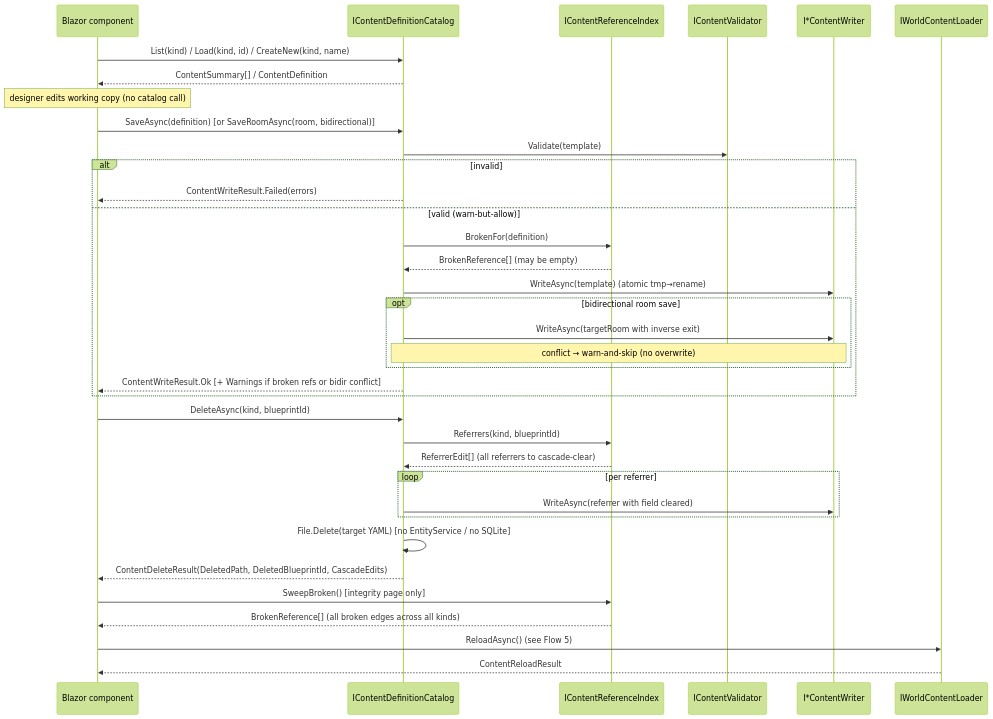
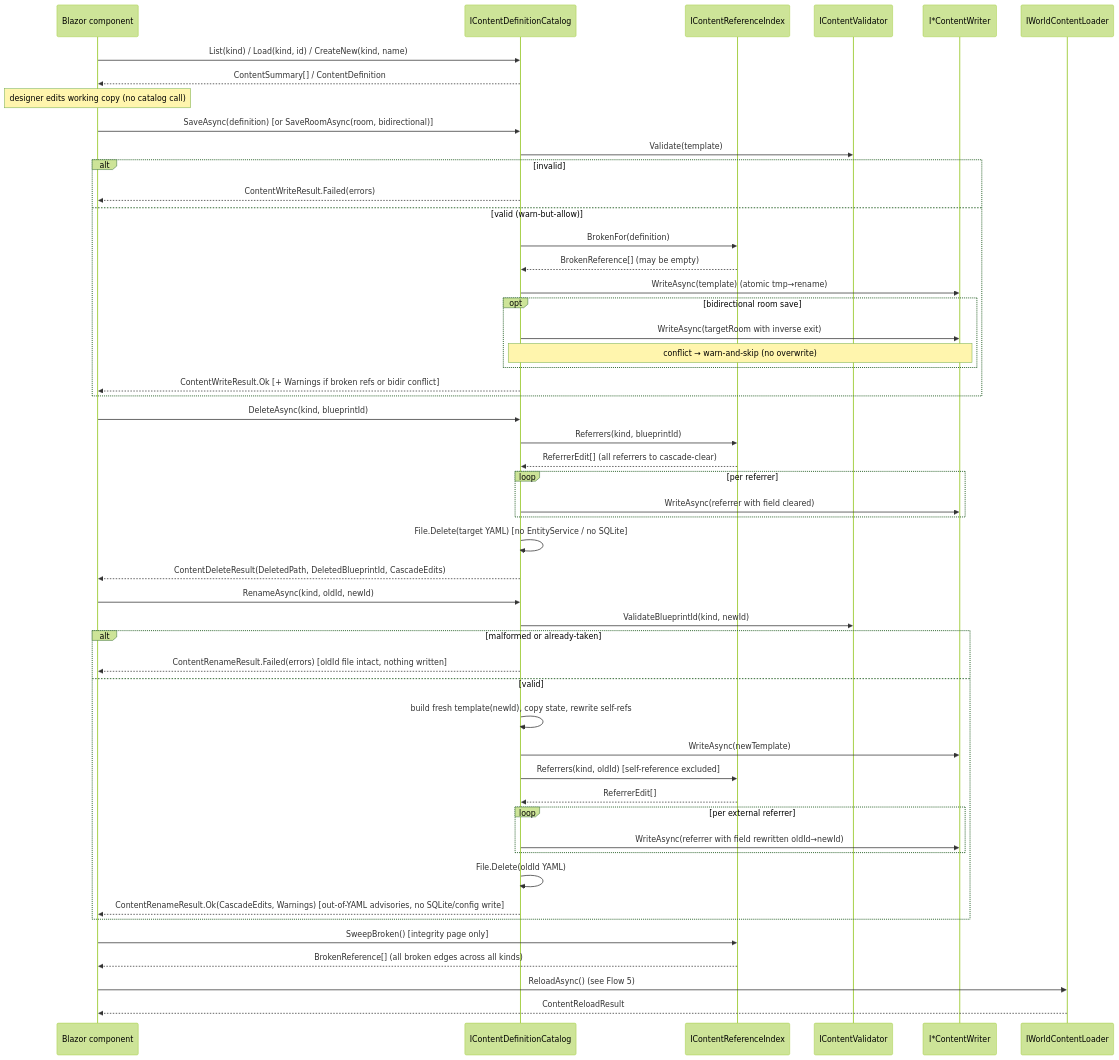
The second of 5 diagrams in docs/architecture/flows/flow-29-bulk-content-generation.md (dmbyer/Hedron), drawn with Mermaid (forest theme) before and after one commit. The commit also changed other lines of this file and 29 other files, not shown here.

First line of the commit message:
Blueprint id rename + choose-at-creation (Core + Blazor editor) (#152)

````diff
--- a/docs/architecture/flows/flow-29-bulk-content-generation.md
+++ b/docs/architecture/flows/flow-29-bulk-content-generation.md
@@ -49,39 +49,54 @@
 ```mermaid
 sequenceDiagram
     participant UI as Blazor component
     participant Cat as IContentDefinitionCatalog
     participant Idx as IContentReferenceIndex
     participant Val as IContentValidator
     participant W as I*ContentWriter
     participant WCL as IWorldContentLoader
 
     UI->>Cat: List(kind) / Load(kind, id) / CreateNew(kind, name)
     Cat-->>UI: ContentSummary[] / ContentDefinition
     Note over UI: designer edits working copy (no catalog call)
     UI->>Cat: SaveAsync(definition)  [or SaveRoomAsync(room, bidirectional)]
     Cat->>Val: Validate(template)
     alt invalid
         Cat-->>UI: ContentWriteResult.Failed(errors)
     else valid (warn-but-allow)
         Cat->>Idx: BrokenFor(definition)
         Idx-->>Cat: BrokenReference[] (may be empty)
         Cat->>W: WriteAsync(template) (atomic tmp→rename)
         opt bidirectional room save
             Cat->>W: WriteAsync(targetRoom with inverse exit)
             Note over Cat,W: conflict → warn-and-skip (no overwrite)
         end
         Cat-->>UI: ContentWriteResult.Ok [+ Warnings if broken refs or bidir conflict]
     end
     UI->>Cat: DeleteAsync(kind, blueprintId)
     Cat->>Idx: Referrers(kind, blueprintId)
     Idx-->>Cat: ReferrerEdit[] (all referrers to cascade-clear)
     loop per referrer
         Cat->>W: WriteAsync(referrer with field cleared)
     end
     Cat->>Cat: File.Delete(target YAML)  [no EntityService / no SQLite]
     Cat-->>UI: ContentDeleteResult(DeletedPath, DeletedBlueprintId, CascadeEdits)
+    UI->>Cat: RenameAsync(kind, oldId, newId)
+    Cat->>Val: ValidateBlueprintId(kind, newId)
+    alt malformed or already-taken
+        Cat-->>UI: ContentRenameResult.Failed(errors)  [oldId file intact, nothing written]
+    else valid
+        Cat->>Cat: build fresh template(newId), copy state, rewrite self-refs
+        Cat->>W: WriteAsync(newTemplate)
+        Cat->>Idx: Referrers(kind, oldId)  [self-reference excluded]
+        Idx-->>Cat: ReferrerEdit[]
+        loop per external referrer
+            Cat->>W: WriteAsync(referrer with field rewritten oldId→newId)
+        end
+        Cat->>Cat: File.Delete(oldId YAML)
+        Cat-->>UI: ContentRenameResult.Ok(CascadeEdits, Warnings)  [out-of-YAML advisories, no SQLite/config write]
+    end
     UI->>Idx: SweepBroken()  [integrity page only]
     Idx-->>UI: BrokenReference[] (all broken edges across all kinds)
     UI->>WCL: ReloadAsync()  (see Flow 5)
     WCL-->>UI: ContentReloadResult
 ```
````
